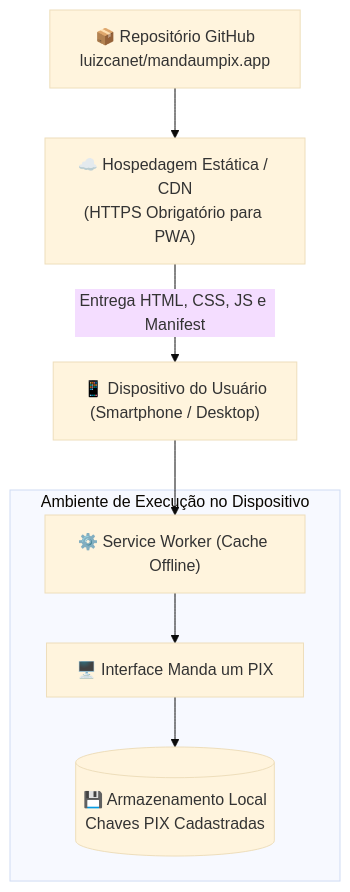
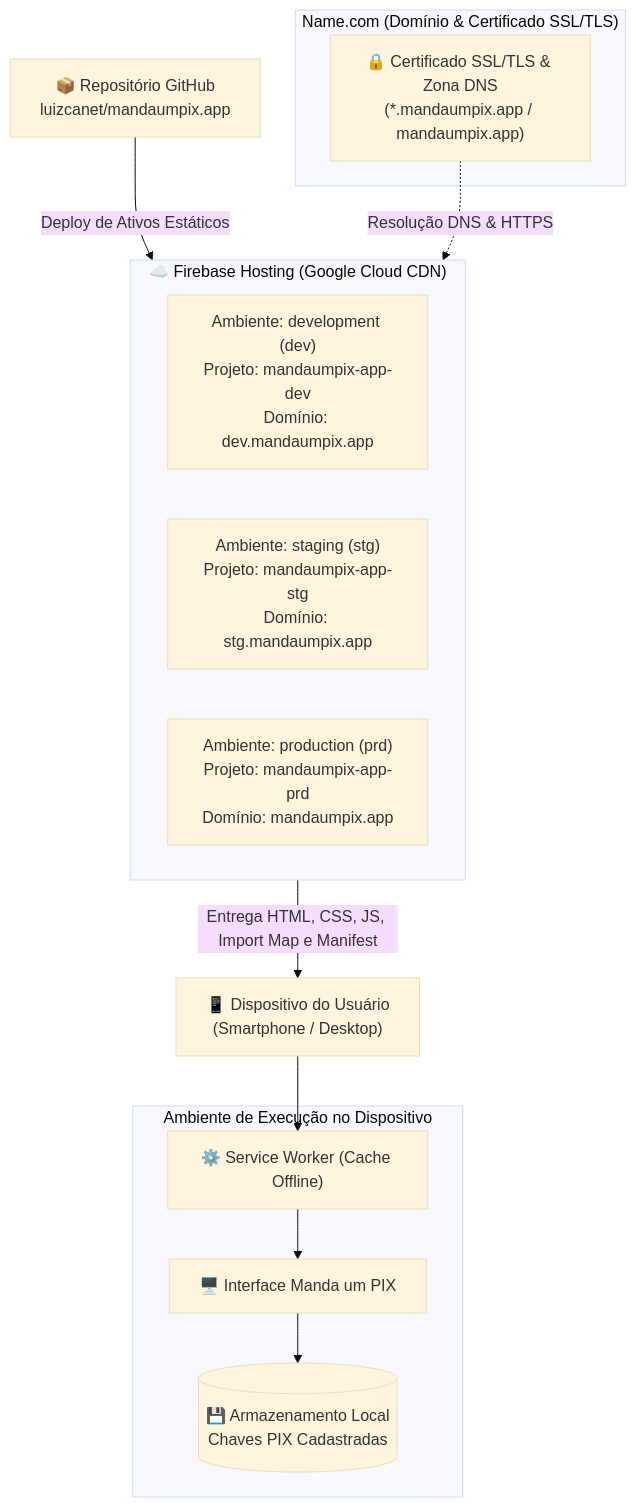
Before and after one commit to luizcanet/mandaumpix.app: the diagram in docs/deployment/infrastructure.md, drawn with Mermaid (base theme). The commit also changed other lines of this file and 13 other files, not shown here.

Commit message:
docs: update changelog and architecture documentation with firebase hosting decisions

````diff
--- a/docs/deployment/infrastructure.md
+++ b/docs/deployment/infrastructure.md
@@ -11,15 +26,28 @@
 ```mermaid
 flowchart TD
-    Repo["📦 Repositório GitHub<br/>luizcanet/mandaumpix.app"] --> StaticHost["☁️ Hospedagem Estática / CDN<br/>(HTTPS Obrigatório para PWA)"]
-    StaticHost -->|"Entrega HTML, CSS, JS e Manifest"| Device["📱 Dispositivo do Usuário<br/>(Smartphone / Desktop)"]
+    Repo["📦 Repositório GitHub<br/>luizcanet/mandaumpix.app"]
+
+    subgraph DNS_TLS["Name.com (Domínio & Certificado SSL/TLS)"]
+        Cert["🔒 Certificado SSL/TLS & Zona DNS<br/>(*.mandaumpix.app / mandaumpix.app)"]
+    end
+
+    subgraph Firebase["☁️ Firebase Hosting (Google Cloud CDN)"]
+        DevHost["Ambiente: development (dev)<br/>Projeto: mandaumpix-app-dev<br/>Domínio: dev.mandaumpix.app"]
+        StgHost["Ambiente: staging (stg)<br/>Projeto: mandaumpix-app-stg<br/>Domínio: stg.mandaumpix.app"]
+        PrdHost["Ambiente: production (prd)<br/>Projeto: mandaumpix-app-prd<br/>Domínio: mandaumpix.app"]
+    end
+
+    Repo -->|"Deploy de Ativos Estáticos"| Firebase
+    Cert -.->|"Resolução DNS & HTTPS"| Firebase
+    Firebase -->|"Entrega HTML, CSS, JS, Import Map e Manifest"| Device["📱 Dispositivo do Usuário<br/>(Smartphone / Desktop)"]
 
     subgraph RuntimeClient["Ambiente de Execução no Dispositivo"]
         SW["⚙️ Service Worker (Cache Offline)"]
         PWA["🖥️ Interface Manda um PIX"]
         BrowserStorage[("💾 Armazenamento Local<br/>Chaves PIX Cadastradas")]
     end
 
     Device --> SW
     SW --> PWA
     PWA --> BrowserStorage
 ```
````
